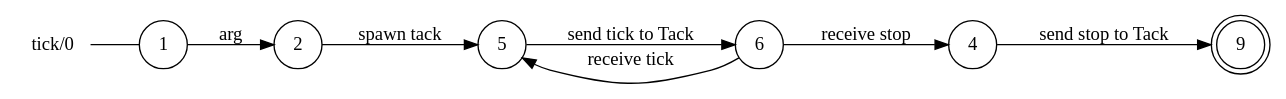
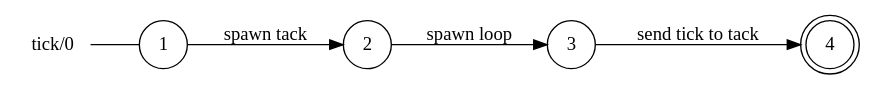
The diagram in out/tick0_local_view.dot (gabrielegenovese/chorer), drawn with Graphviz before and after one commit. The commit also changed 20 other files, not shown here.

```diff
--- a/out/tick0_local_view.dot
+++ b/out/tick0_local_view.dot
@@ -1,18 +1,13 @@
 digraph tick {
 	rankdir="LR";
 	n_0 [label="tick/0", shape="plaintext"];
-	n_1 [id="5", shape=circle, label="5"];
-	n_2 [id="6", shape=circle, label="6"];
-	n_3 [id="1", shape=circle, label="1"];
-	n_0 -> n_3 [arrowhead=none];
-	n_4 [id="9", shape=doublecircle, label="9"];
-	n_5 [id="2", shape=circle, label="2"];
-	n_6 [id="4", shape=circle, label="4"];
+	n_1 [id="1", shape=circle, label="1"];
+	n_0 -> n_1 [arrowhead=none];
+	n_2 [id="2", shape=circle, label="2"];
+	n_3 [id="4", shape=doublecircle, label="4"];
+	n_4 [id="3", shape=circle, label="3"];
 
-	n_1 -> n_2 [id="[$e|5]", label="send tick to Tack"];
-	n_6 -> n_4 [id="[$e|8]", label="send stop to Tack"];
-	n_3 -> n_5 [id="[$e|0]", label="arg "];
-	n_5 -> n_1 [id="[$e|11]", label="spawn tack"];
-	n_2 -> n_1 [id="[$e|9]", label="receive tick"];
-	n_2 -> n_6 [id="[$e|13]", label="receive stop"];
+	n_4 -> n_3 [id="[$e|2]", label="send tick to tack"];
+	n_1 -> n_2 [id="[$e|0]", label="spawn tack"];
+	n_2 -> n_4 [id="[$e|1]", label="spawn loop"];
 }
```
